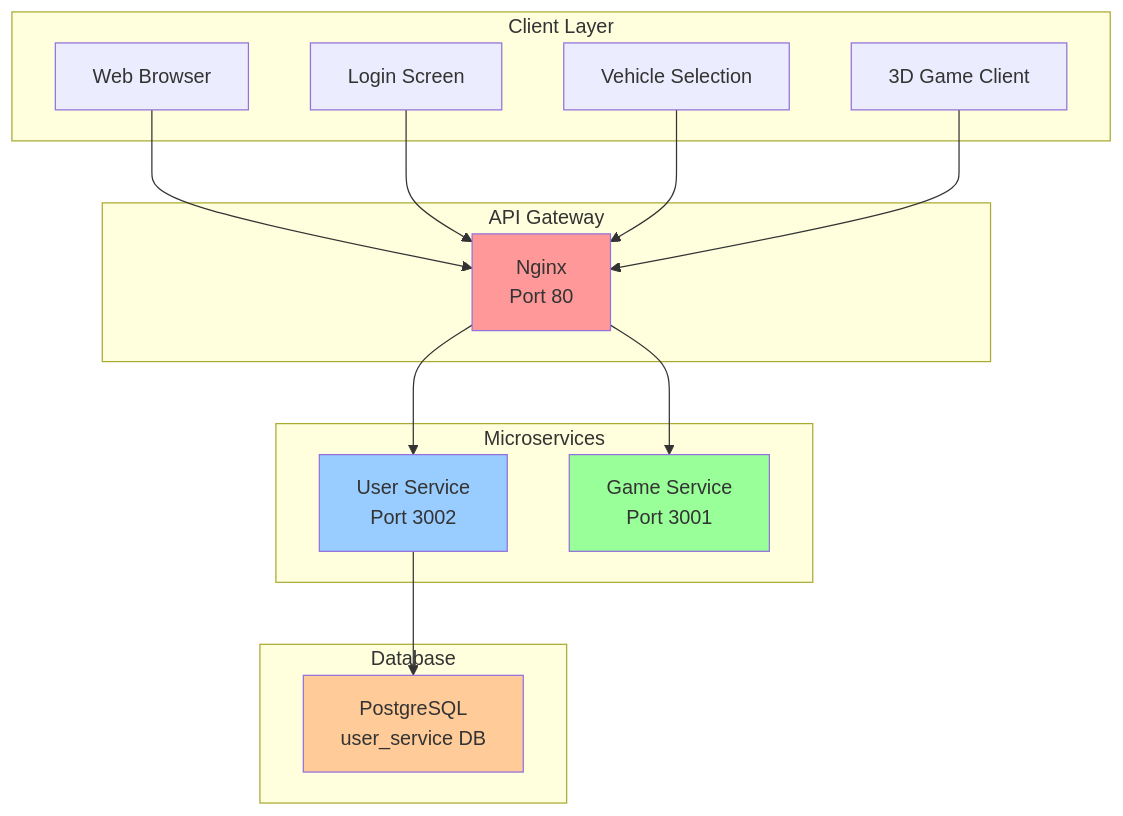
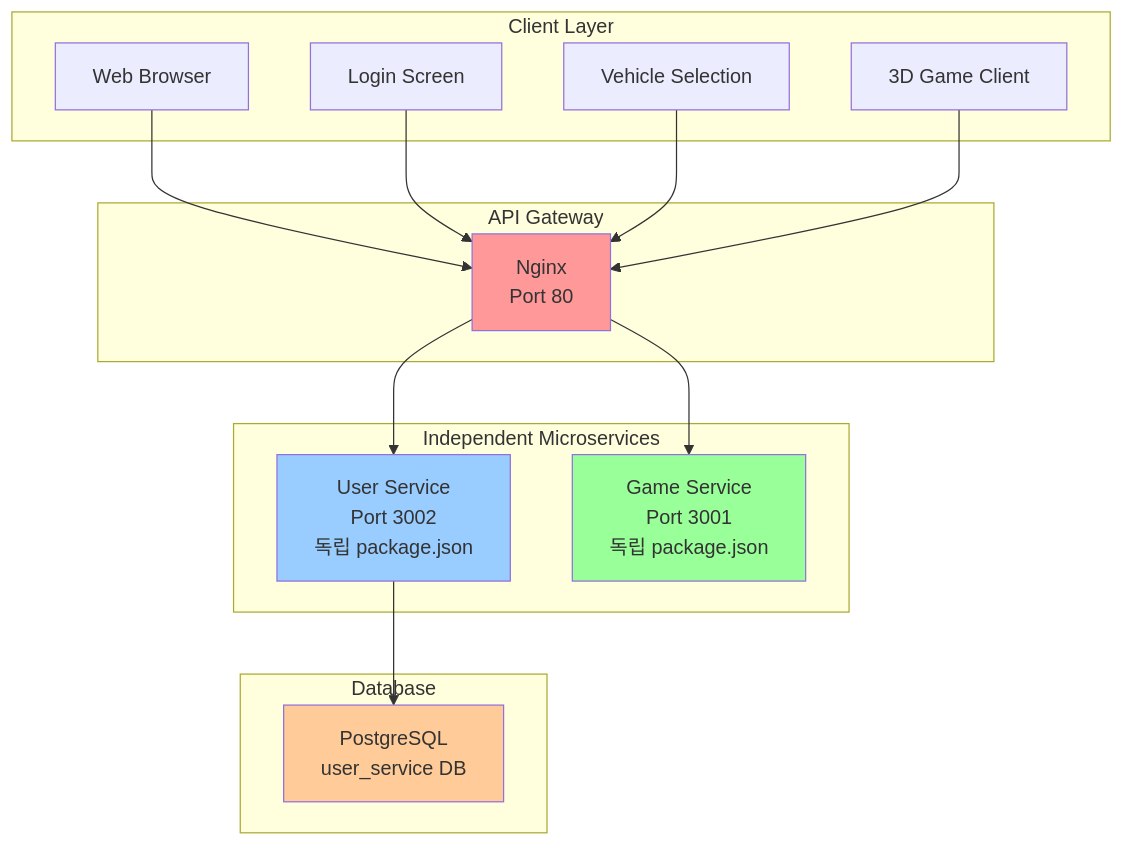
The first of 2 diagrams in README.md (tanminkwan/test2), drawn with Mermaid before and after one commit. The commit also changed other lines of this file and 26 other files, not shown here.

````diff
--- a/README.md
+++ b/README.md
@@ -13,37 +13,37 @@
 ```mermaid
 graph TB
     subgraph "Client Layer"
         A[Web Browser]
         B[Login Screen]
         C[Vehicle Selection]
         D[3D Game Client]
     end
     
     subgraph "API Gateway"
         E[Nginx<br/>Port 80]
     end
     
-    subgraph "Microservices"
-        F[User Service<br/>Port 3002]
-        G[Game Service<br/>Port 3001]
+    subgraph "Independent Microservices"
+        F[User Service<br/>Port 3002<br/>독립 package.json]
+        G[Game Service<br/>Port 3001<br/>독립 package.json]
     end
     
     subgraph "Database"
         H[PostgreSQL<br/>user_service DB]
     end
     
     A --> E
     B --> E
     C --> E
     D --> E
     
     E --> F
     E --> G
     
     F --> H
     
     style E fill:#ff9999
     style F fill:#99ccff
     style G fill:#99ff99
     style H fill:#ffcc99
 ```
````
